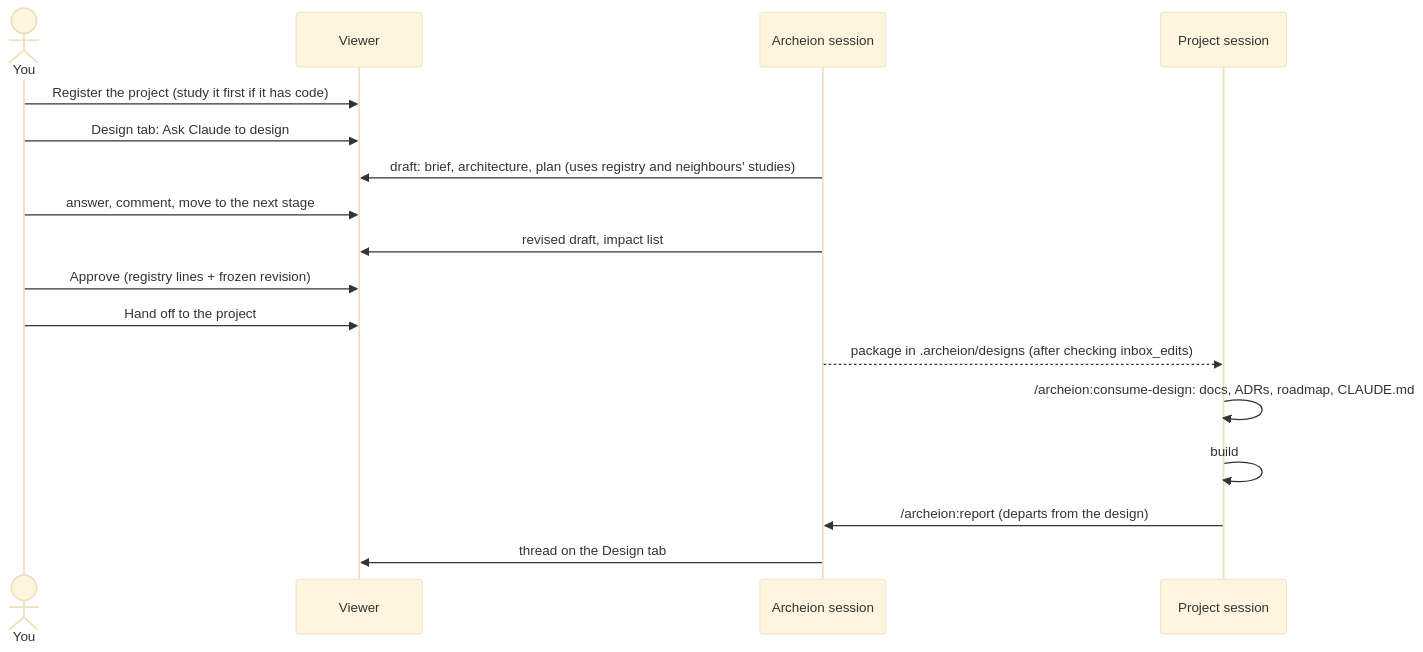
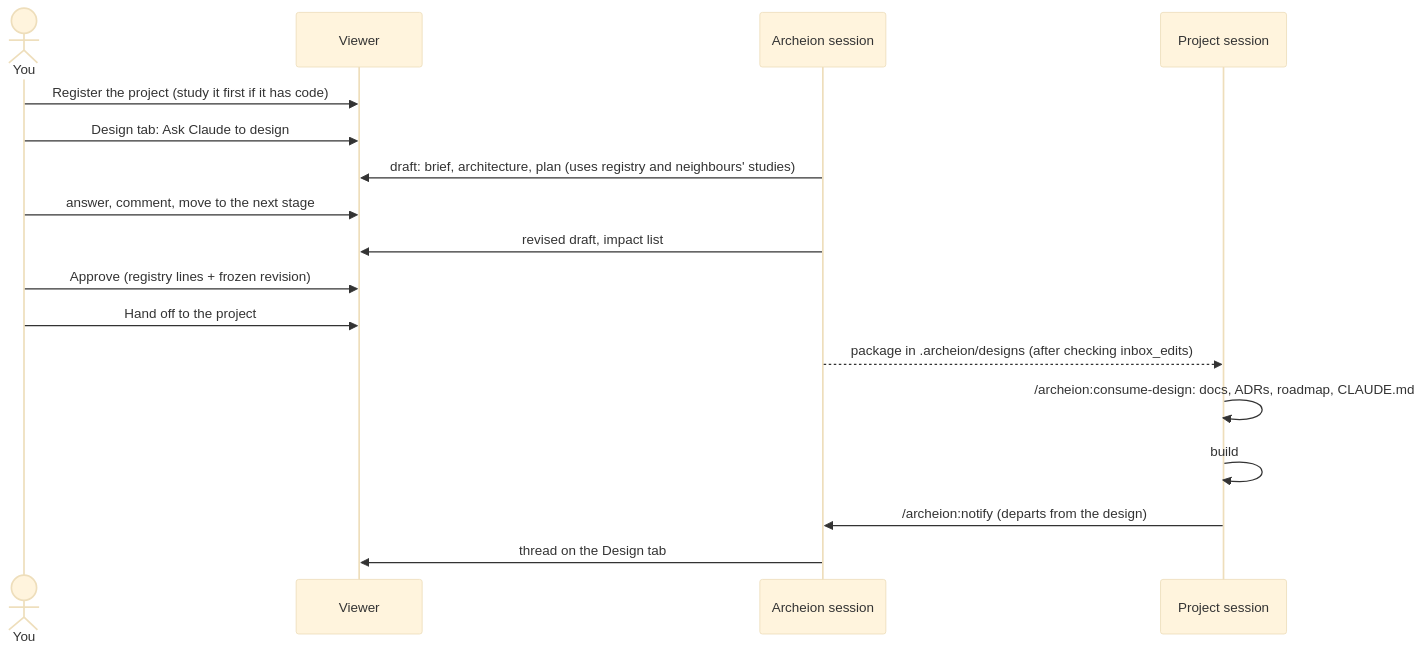
Before and after one commit to Aricato15/Archeion: the fourth of 6 diagrams in docs/guides/use-cases.md, drawn with Mermaid (base theme). The commit also changed other lines of this file and 18 other files, not shown here.

First line of the commit message:
refactor(plugin): rename the report skill to notify and release plugin 0.4.0

````diff
--- a/docs/guides/use-cases.md
+++ b/docs/guides/use-cases.md
@@ -131,19 +131,19 @@
 ```mermaid
 sequenceDiagram
   actor You
   participant V as Viewer
   participant A as Archeion session
   participant P as Project session
   You->>V: Register the project (study it first if it has code)
   You->>V: Design tab: Ask Claude to design
   A->>V: draft: brief, architecture, plan (uses registry and neighbours' studies)
   You->>V: answer, comment, move to the next stage
   A->>V: revised draft, impact list
   You->>V: Approve (registry lines + frozen revision)
   You->>V: Hand off to the project
   A-->>P: package in .archeion/designs (after checking inbox_edits)
   P->>P: /archeion:consume-design: docs, ADRs, roadmap, CLAUDE.md
   P->>P: build
-  P->>A: /archeion:report (departs from the design)
+  P->>A: /archeion:notify (departs from the design)
   A->>V: thread on the Design tab
 ```
````
